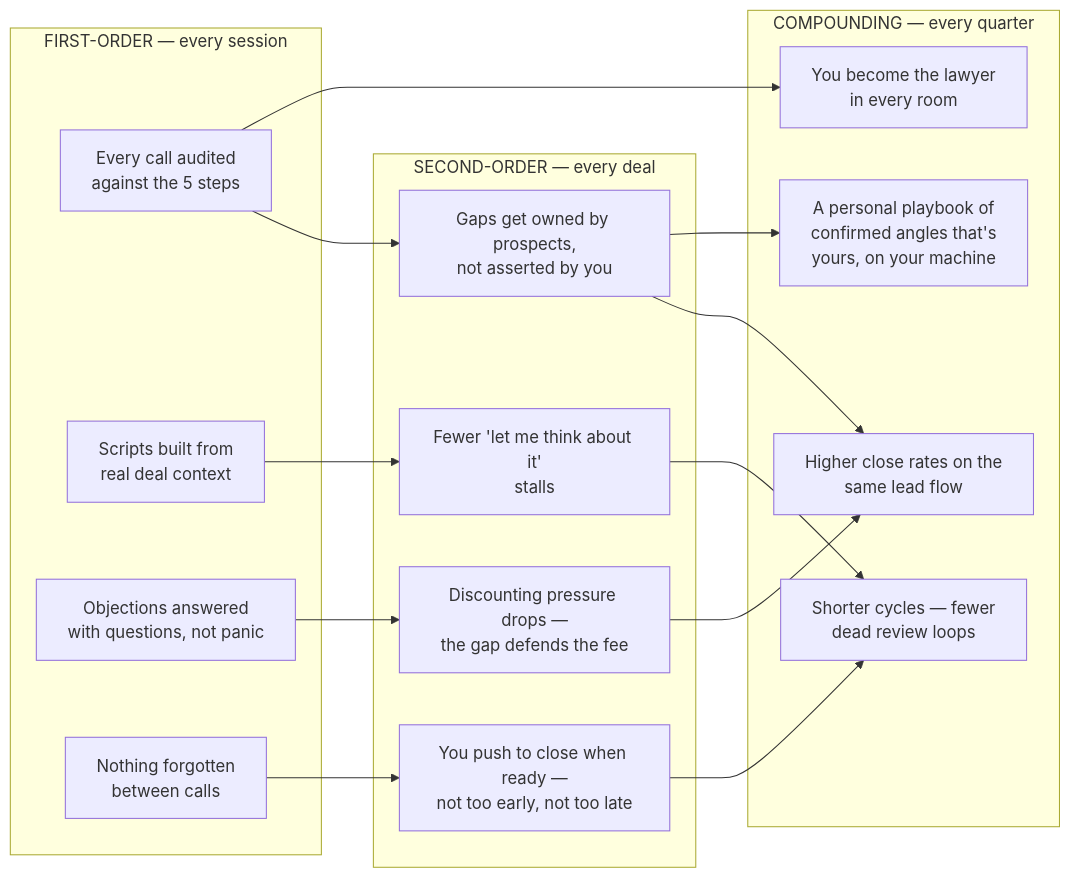
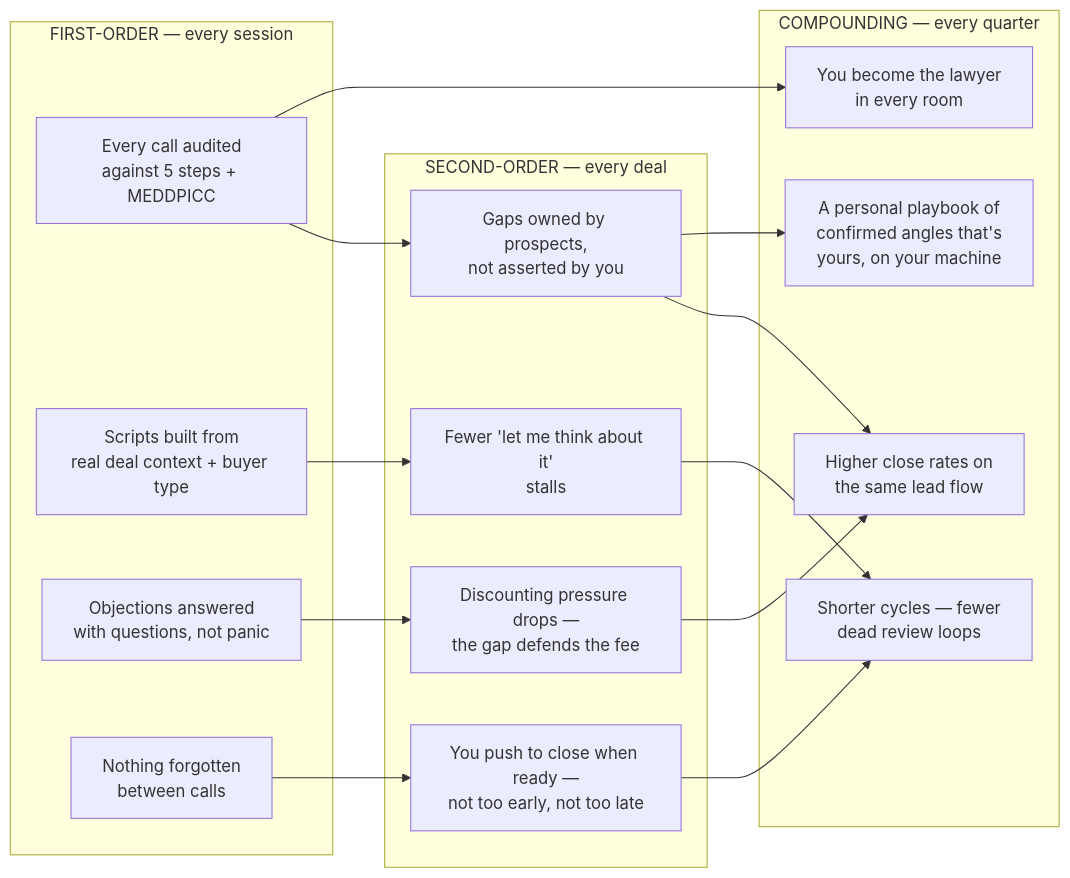
Diagram 12 of 13 in README.md (termsheetinator/gapsi-agent), drawn with Mermaid before and after one commit. The commit also changed other lines of this file, not shown here.

Commit message:
v2.4.0 — full README rewrite: 9-section report format, Old/New Economy calibration, enterprise cycle, MEDDPICC gap escalation, five-frame rotation, Word doc output, 8 modes

````diff
--- a/README.md
+++ b/README.md
@@ -439,27 +697,27 @@
 ```mermaid
 flowchart LR
     subgraph F["FIRST-ORDER — every session"]
-        f1["Every call audited<br/>against the 5 steps"]
-        f2["Scripts built from<br/>real deal context"]
+        f1["Every call audited<br/>against 5 steps + MEDDPICC"]
+        f2["Scripts built from<br/>real deal context + buyer type"]
         f3["Objections answered<br/>with questions, not panic"]
         f4["Nothing forgotten<br/>between calls"]
     end
     subgraph S["SECOND-ORDER — every deal"]
-        s1["Gaps get owned by prospects,<br/>not asserted by you"]
+        s1["Gaps owned by prospects,<br/>not asserted by you"]
         s2["Fewer 'let me think about it'<br/>stalls"]
         s3["You push to close when ready —<br/>not too early, not too late"]
         s4["Discounting pressure drops —<br/>the gap defends the fee"]
     end
     subgraph C["COMPOUNDING — every quarter"]
-        c1["Higher close rates on the<br/>same lead flow"]
+        c1["Higher close rates on<br/>the same lead flow"]
         c2["Shorter cycles — fewer<br/>dead review loops"]
         c3["A personal playbook of<br/>confirmed angles that's<br/>yours, on your machine"]
         c4["You become the lawyer<br/>in every room"]
     end
     f1 --> s1 --> c1
     f2 --> s2 --> c2
     f3 --> s4 --> c1
     f4 --> s3 --> c2
     s1 --> c3
     f1 --> c4
 ```
````
